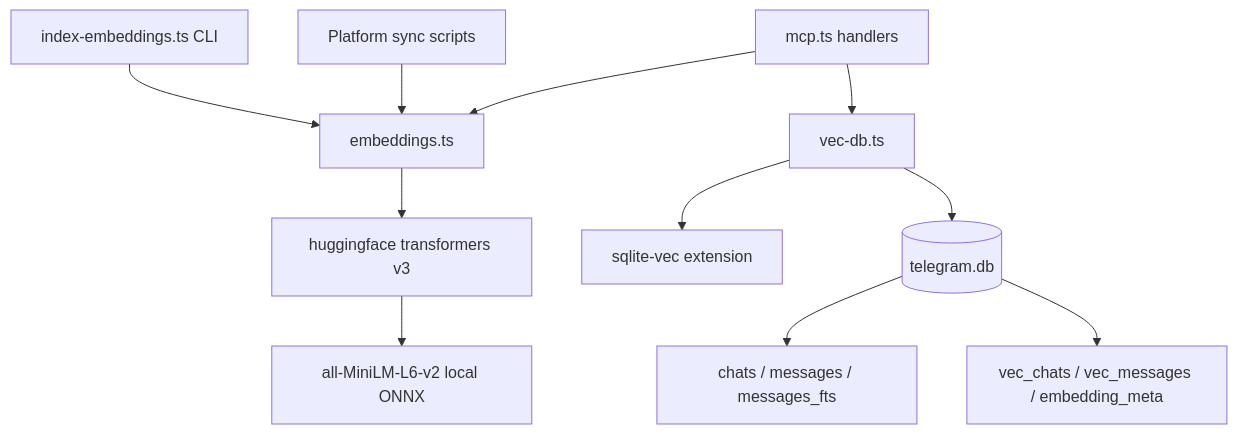
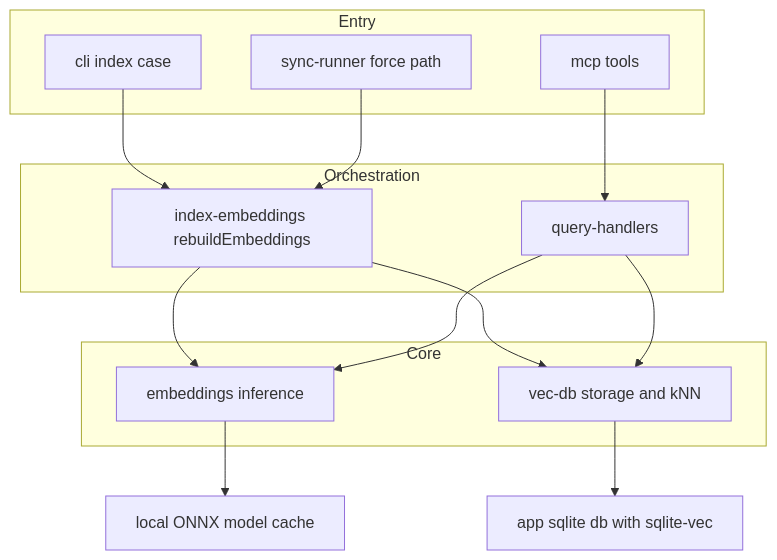
One commit to yanicklandry/khipuchat changed the first of 2 diagrams in .kiro/specs/semantic-search/design.md. Above: the diagram before and after it, drawn with Mermaid. The commit also changed other lines of this file and 4 other files, not shown here.

````diff
--- a/.kiro/specs/semantic-search/design.md
+++ b/.kiro/specs/semantic-search/design.md
@@ -61,13 +67,28 @@
 ```mermaid
 graph TB
-    CLI[index-embeddings.ts CLI] --> Embed[embeddings.ts]
-    SyncScripts[Platform sync scripts] --> Embed
-    MCP[mcp.ts handlers] --> Embed
-    MCP --> VecDb[vec-db.ts]
-    Embed --> HFT[huggingface transformers v3]
-    HFT --> ONNXModel[all-MiniLM-L6-v2 local ONNX]
-    VecDb --> SqliteVec[sqlite-vec extension]
-    VecDb --> DB[(telegram.db)]
-    DB --> ExistingTables[chats / messages / messages_fts]
-    DB --> VecTables[vec_chats / vec_messages / embedding_meta]
+    subgraph Entry
+        CLI[cli index case]
+        Sync[sync-runner force path]
+        MCP[mcp tools]
+    end
+    subgraph Orchestration
+        IndexEmb[index-embeddings rebuildEmbeddings]
+        QH[query-handlers]
+    end
+    subgraph Core
+        Emb[embeddings inference]
+        VecDb[vec-db storage and kNN]
+    end
+    DB[app sqlite db with sqlite-vec]
+    Model[local ONNX model cache]
+
+    CLI --> IndexEmb
+    Sync --> IndexEmb
+    MCP --> QH
+    IndexEmb --> Emb
+    IndexEmb --> VecDb
+    QH --> Emb
+    QH --> VecDb
+    VecDb --> DB
+    Emb --> Model
 ```
````
